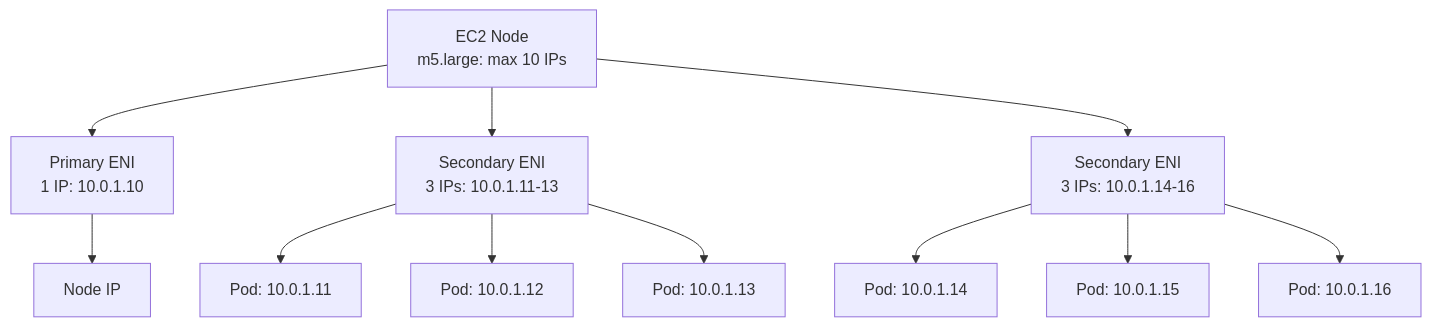
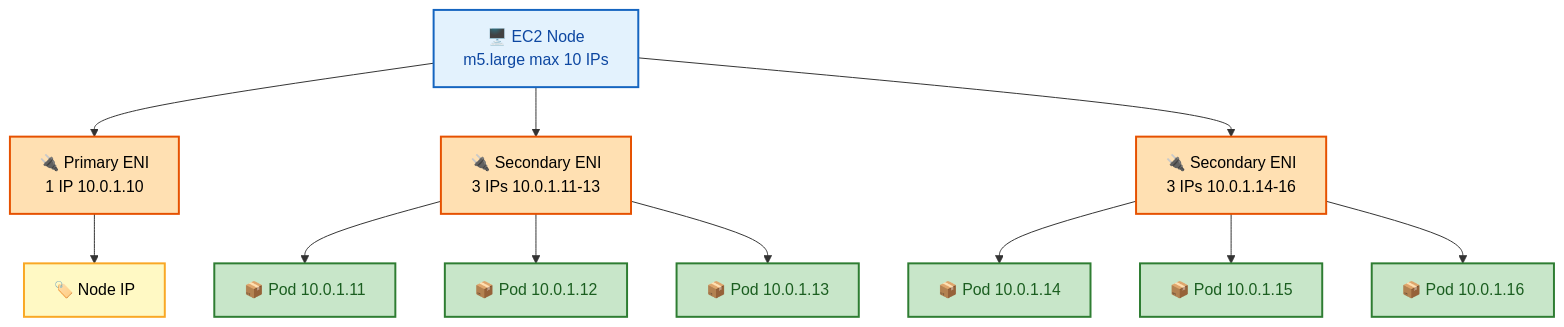
One commit to rakesh-budde/devops-guide changed diagram 12 of 13 in aws/03-NETWORKING.md. Above: the diagram before and after it, drawn with Mermaid. The commit also changed other lines of this file and 73 other files, not shown here.

````diff
--- a/aws/03-NETWORKING.md
+++ b/aws/03-NETWORKING.md
@@ -1071,10 +1287,19 @@
 ```mermaid
 graph TD
-    Node[EC2 Node<br/>m5.large: max 10 IPs] --> Primary[Primary ENI<br/>1 IP: 10.0.1.10]
-    Node --> Secondary1[Secondary ENI<br/>3 IPs: 10.0.1.11-13]
-    Node --> Secondary2[Secondary ENI<br/>3 IPs: 10.0.1.14-16]
-    
-    Primary --> NodeIP[Node IP]
-    Secondary1 --> Pod1[Pod: 10.0.1.11] & Pod2[Pod: 10.0.1.12] & Pod3[Pod: 10.0.1.13]
-    Secondary2 --> Pod4[Pod: 10.0.1.14] & Pod5[Pod: 10.0.1.15] & Pod6[Pod: 10.0.1.16]
+    Node["🖥️ EC2 Node<br/>m5.large max 10 IPs"] --> Primary["🔌 Primary ENI<br/>1 IP 10.0.1.10"]
+    Node --> Secondary1["🔌 Secondary ENI<br/>3 IPs 10.0.1.11-13"]
+    Node --> Secondary2["🔌 Secondary ENI<br/>3 IPs 10.0.1.14-16"]
+    Primary --> NodeIP["🏷️ Node IP"]
+    Secondary1 --> Pod1["📦 Pod 10.0.1.11"] & Pod2["📦 Pod 10.0.1.12"] & Pod3["📦 Pod 10.0.1.13"]
+    Secondary2 --> Pod4["📦 Pod 10.0.1.14"] & Pod5["📦 Pod 10.0.1.15"] & Pod6["📦 Pod 10.0.1.16"]
+    class Node start
+    class Primary,Secondary1,Secondary2 store
+    class NodeIP proc
+    class Pod1,Pod2,Pod3,Pod4,Pod5,Pod6 good
+    classDef start fill:#e3f2fd,stroke:#1565c0,color:#0d47a1,stroke-width:2px;
+    classDef proc fill:#fff9c4,stroke:#f9a825,color:#000,stroke-width:2px;
+    classDef good fill:#c8e6c9,stroke:#2e7d32,color:#1b5e20,stroke-width:2px;
+    classDef bad fill:#ffcdd2,stroke:#c62828,color:#b71c1c,stroke-width:2px;
+    classDef ctrl fill:#e1bee7,stroke:#6a1b9a,color:#4a148c,stroke-width:2px;
+    classDef store fill:#ffe0b2,stroke:#e65100,color:#000,stroke-width:2px;
 ```
````
